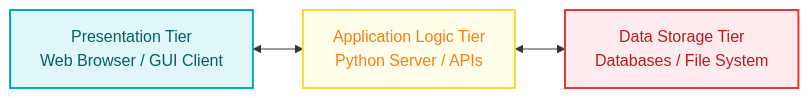
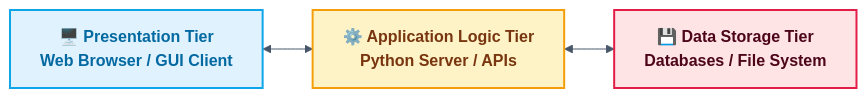
The third of 8 diagrams in SyedMuhammadHuzaifaAshrafi-(23FA-035-SE)/Chapter06/README.md (RameenAnwar/PDC-SP26-SE), drawn with Mermaid before and after one commit. The commit also changed other lines of this file and 5 other files, not shown here.

````diff
--- a/SyedMuhammadHuzaifaAshrafi-(23FA-035-SE)/Chapter06/README.md
+++ b/SyedMuhammadHuzaifaAshrafi-(23FA-035-SE)/Chapter06/README.md
@@ -120,13 +122,15 @@
 ```mermaid
-graph LR
-    classDef pClass fill:#E0F7FA,stroke:#00ACC1,stroke-width:2px,color:#006064;
-    classDef lClass fill:#FFFDE7,stroke:#FDD835,stroke-width:2px,color:#F57F17;
-    classDef dClass fill:#FFEBEE,stroke:#E53935,stroke-width:2px,color:#B71C1C;
+%%{init: {'theme': 'base', 'themeVariables': { 'lineColor': '#475569', 'primaryColor': '#f8fafc', 'primaryTextColor': '#0f172a', 'primaryBorderColor': '#cbd5e1' }}}%%
+flowchart LR
+    %% Premium N-Tier Architecture
+    classDef pres fill:#e0f2fe,stroke:#0ea5e9,stroke-width:2px,color:#0369a1,font-weight:bold
+    classDef logic fill:#fef3c7,stroke:#f59e0b,stroke-width:2px,color:#78350f,font-weight:bold
+    classDef data fill:#ffe4e6,stroke:#e11d48,stroke-width:2px,color:#4c0519,font-weight:bold
 
-    ClientTier[Presentation Tier<br/>Web Browser / GUI Client] <--> AppTier[Application Logic Tier<br/>Python Server / APIs]
-    AppTier <--> DataTier[Data Storage Tier<br/>Databases / File System]
+    ClientTier["🖥️ Presentation Tier <br> Web Browser / GUI Client"] <--> AppTier["⚙️ Application Logic Tier <br> Python Server / APIs"]
+    AppTier <--> DataTier["💾 Data Storage Tier <br> Databases / File System"]
 
-    class ClientTier pClass;
-    class AppTier lClass;
-    class DataTier dClass;
+    class ClientTier pres
+    class AppTier logic
+    class DataTier data
 ```
````
